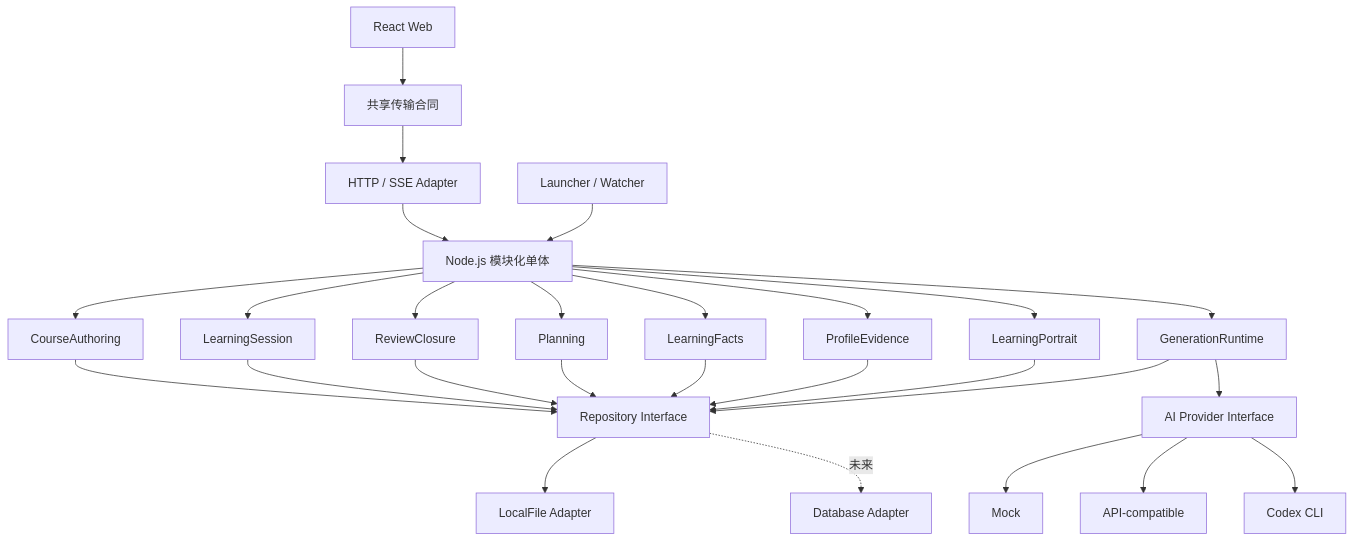
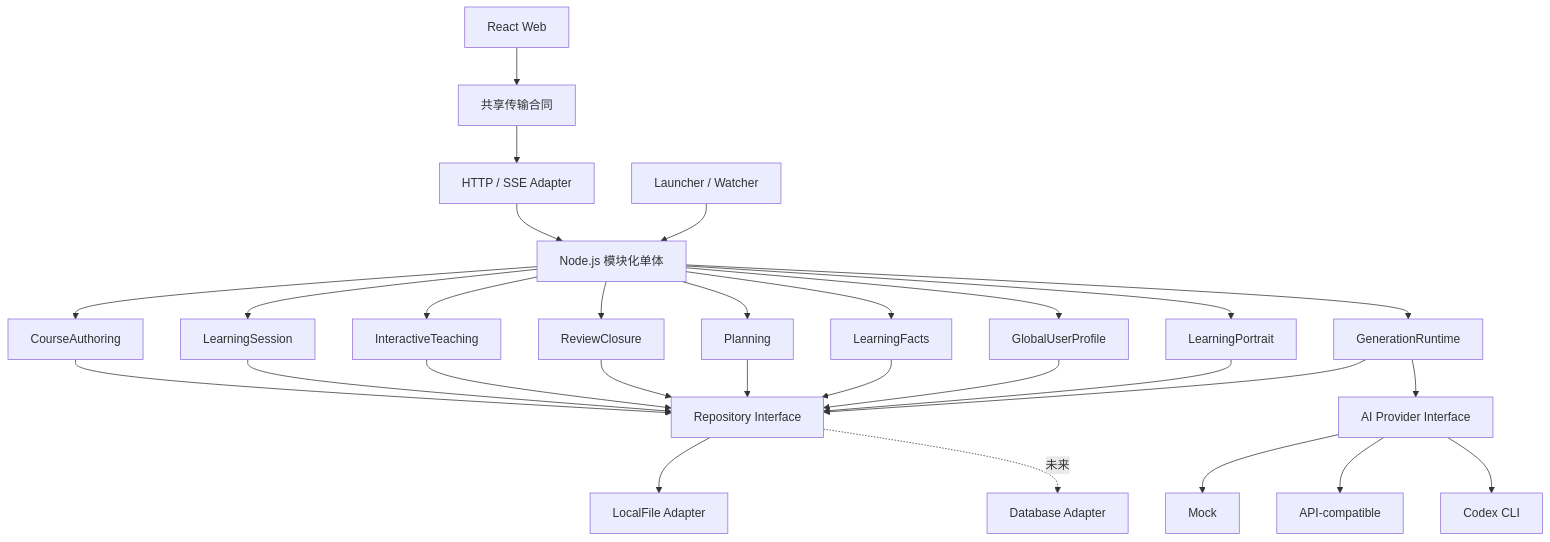
Before and after one commit to mixn1998/learning-more: the first of 5 diagrams in docs/架构方案/Learning MORE 程序架构设计.md, drawn with Mermaid. The commit also changed other lines of this file and 429 other files, not shown here.

````diff
--- a/docs/架构方案/Learning MORE 程序架构设计.md
+++ b/docs/架构方案/Learning MORE 程序架构设计.md
@@ -89,26 +89,27 @@
 ```mermaid
 flowchart TD
     UI["React Web"] --> CT["共享传输合同"]
     CT --> HTTP["HTTP / SSE Adapter"]
     HTTP --> NODE["Node.js 模块化单体"]
 
     NODE --> CA["CourseAuthoring"]
     NODE --> LS["LearningSession"]
+    NODE --> IT["InteractiveTeaching"]
     NODE --> RC["ReviewClosure"]
     NODE --> PL["Planning"]
     NODE --> LF["LearningFacts"]
-    NODE --> PE["ProfileEvidence"]
+    NODE --> GUP["GlobalUserProfile"]
     NODE --> LP["LearningPortrait"]
     NODE --> GR["GenerationRuntime"]
 
-    CA & LS & RC & PL & LF & PE & LP & GR --> RP["Repository Interface"]
+    CA & LS & IT & RC & PL & LF & GUP & LP & GR --> RP["Repository Interface"]
     GR --> AP["AI Provider Interface"]
 
     RP --> FILE["LocalFile Adapter"]
     RP -.未来.-> DB["Database Adapter"]
     AP --> MOCK["Mock"]
     AP --> API["API-compatible"]
     AP --> CLI["Codex CLI"]
 
     LAUNCH["Launcher / Watcher"] --> NODE
 ```
````
